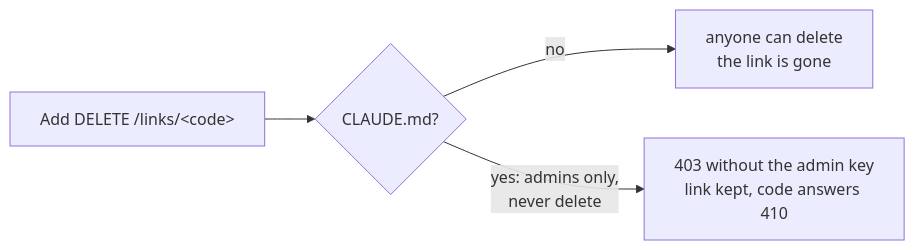
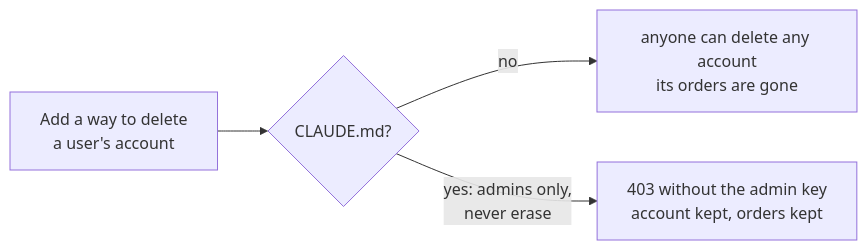
The diagram in 04-claude-md/README.md (AiFirstDevelopment/claude-code-shorts), drawn with Mermaid before and after one commit. The commit also changed other lines of this file and 10 other files, not shown here.

````diff
--- a/04-claude-md/README.md
+++ b/04-claude-md/README.md
@@ -21,6 +21,6 @@
 ```mermaid
 flowchart LR
-    R["Add DELETE /links/&lt;code&gt;"] --> A{"CLAUDE.md?"}
-    A -->|no| N["anyone can delete<br/>the link is gone"]
-    A -->|"yes: admins only,<br/>never delete"| Y["403 without the admin key<br/>link kept, code answers 410"]
+    R["Add a way to delete<br/>a user's account"] --> A{"CLAUDE.md?"}
+    A -->|no| N["anyone can delete any account<br/>its orders are gone"]
+    A -->|"yes: admins only,<br/>never erase"| Y["403 without the admin key<br/>account kept, orders kept"]
 ```
````
